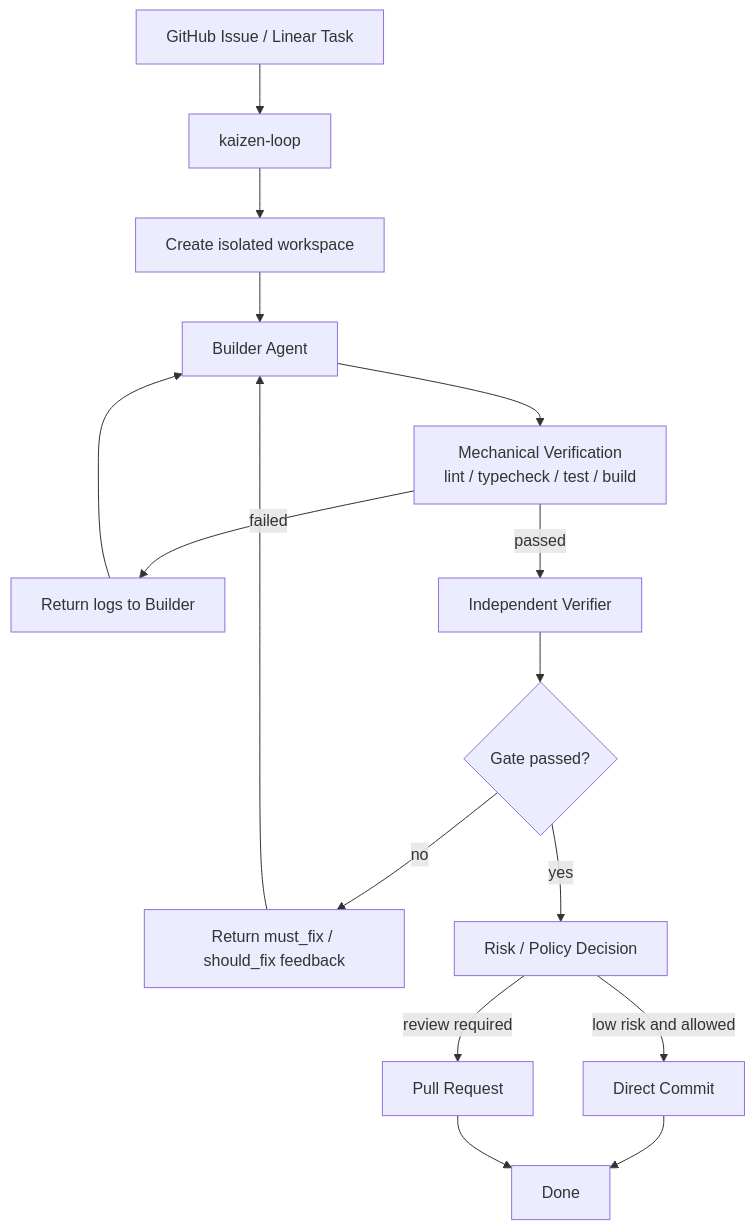
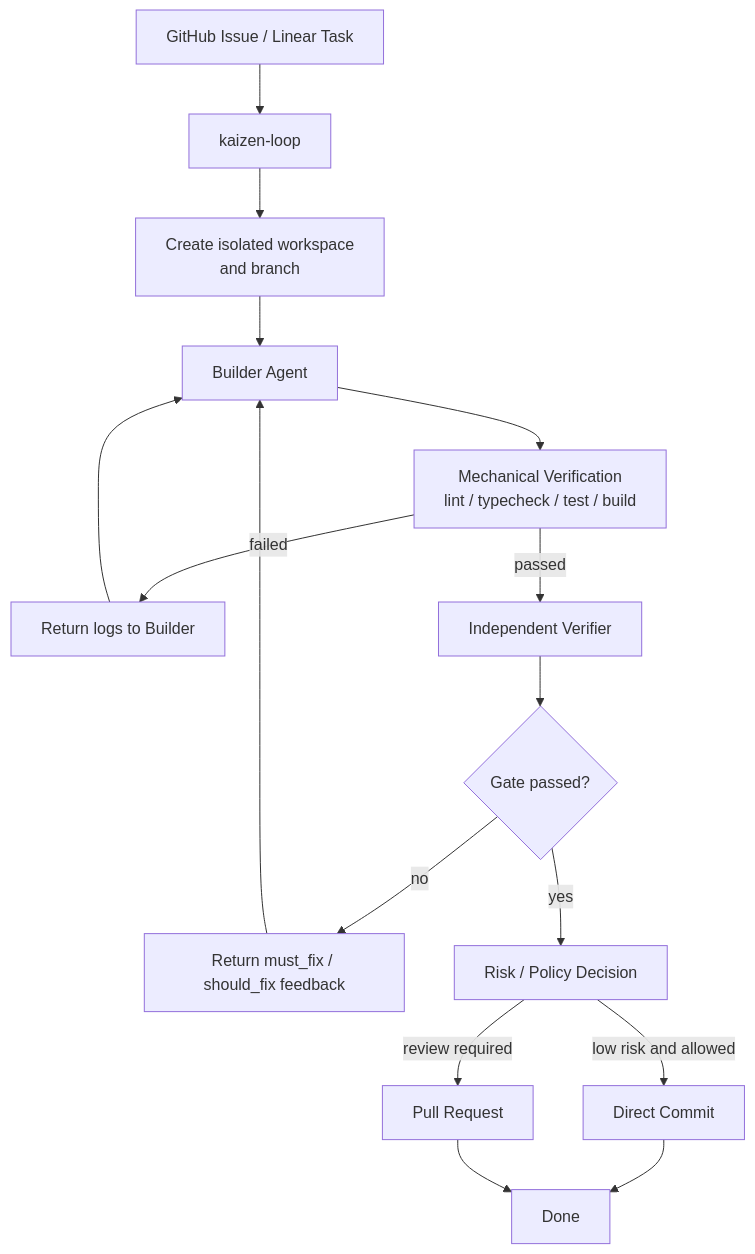
One commit to kaizen-agents-org/.github changed the second of 4 diagrams in profile/README.md. Above: the diagram before and after it, drawn with Mermaid. The commit also changed other lines of this file and 1 other file, not shown here.

Commit message:
docs: refine kaizen agents documentation

````diff
--- a/profile/README.md
+++ b/profile/README.md
@@ -32,23 +32,23 @@
 ```mermaid
 flowchart TB
-    A["GitHub Issue / Linear Task"] --> B["kaizen-loop"]
-    B --> C["Create isolated workspace"]
-    C --> D["Builder Agent"]
+    Task["GitHub Issue / Linear Task"] --> Loop["kaizen-loop"]
+    Loop --> Workspace["Create isolated workspace<br/>and branch"]
+    Workspace --> Builder["Builder Agent"]
 
-    D --> E["Mechanical Verification<br/>lint / typecheck / test / build"]
-    E -->|failed| F["Return logs to Builder"]
-    F --> D
+    Builder --> Checks["Mechanical Verification<br/>lint / typecheck / test / build"]
+    Checks -->|failed| BuilderFeedback["Return logs to Builder"]
+    BuilderFeedback --> Builder
 
-    E -->|passed| G["Independent Verifier"]
-    G --> H{"Gate passed?"}
+    Checks -->|passed| Verifier["Independent Verifier"]
+    Verifier --> Gate{"Gate passed?"}
 
-    H -->|no| I["Return must_fix / should_fix feedback"]
-    I --> D
+    Gate -->|no| Improvement["Return must_fix / should_fix feedback"]
+    Improvement --> Builder
 
-    H -->|yes| J["Risk / Policy Decision"]
-    J -->|low risk and allowed| K["Direct Commit"]
-    J -->|review required| L["Pull Request"]
+    Gate -->|yes| Risk["Risk / Policy Decision"]
+    Risk -->|low risk and allowed| Commit["Direct Commit"]
+    Risk -->|review required| PR["Pull Request"]
 
-    K --> M["Done"]
-    L --> M
+    Commit --> Done["Done"]
+    PR --> Done
 ```
````
